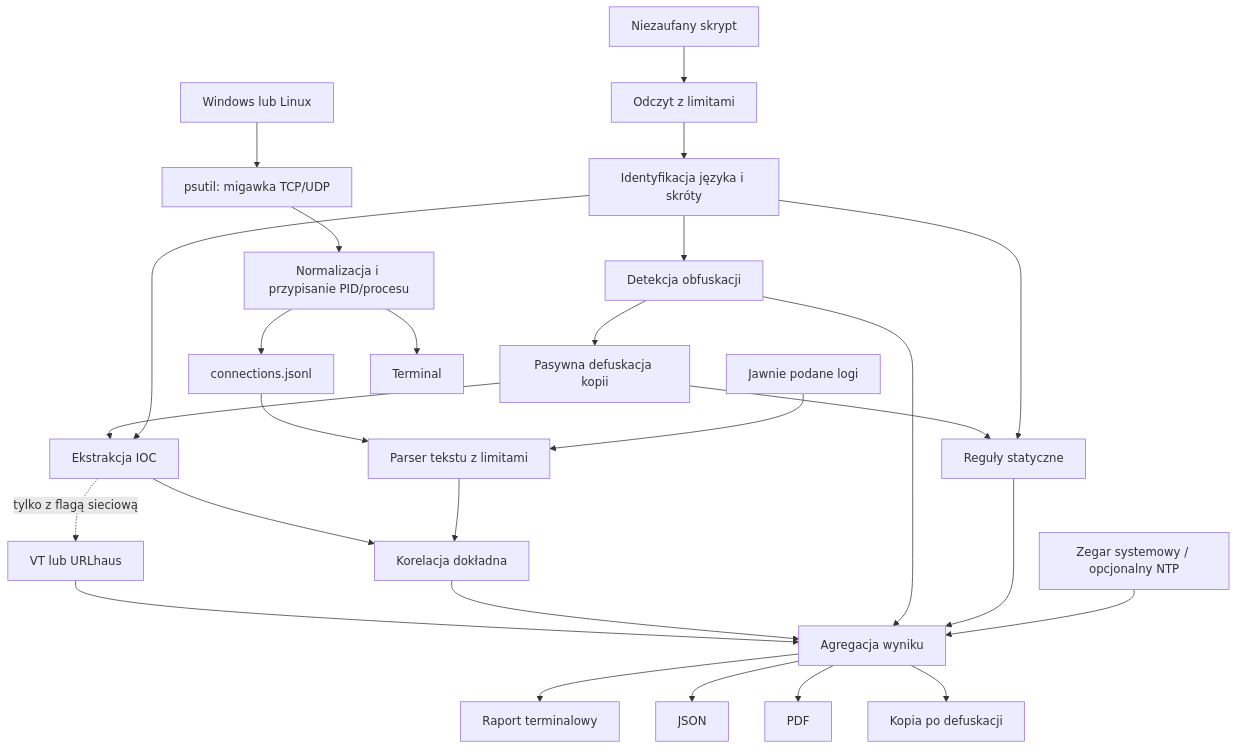
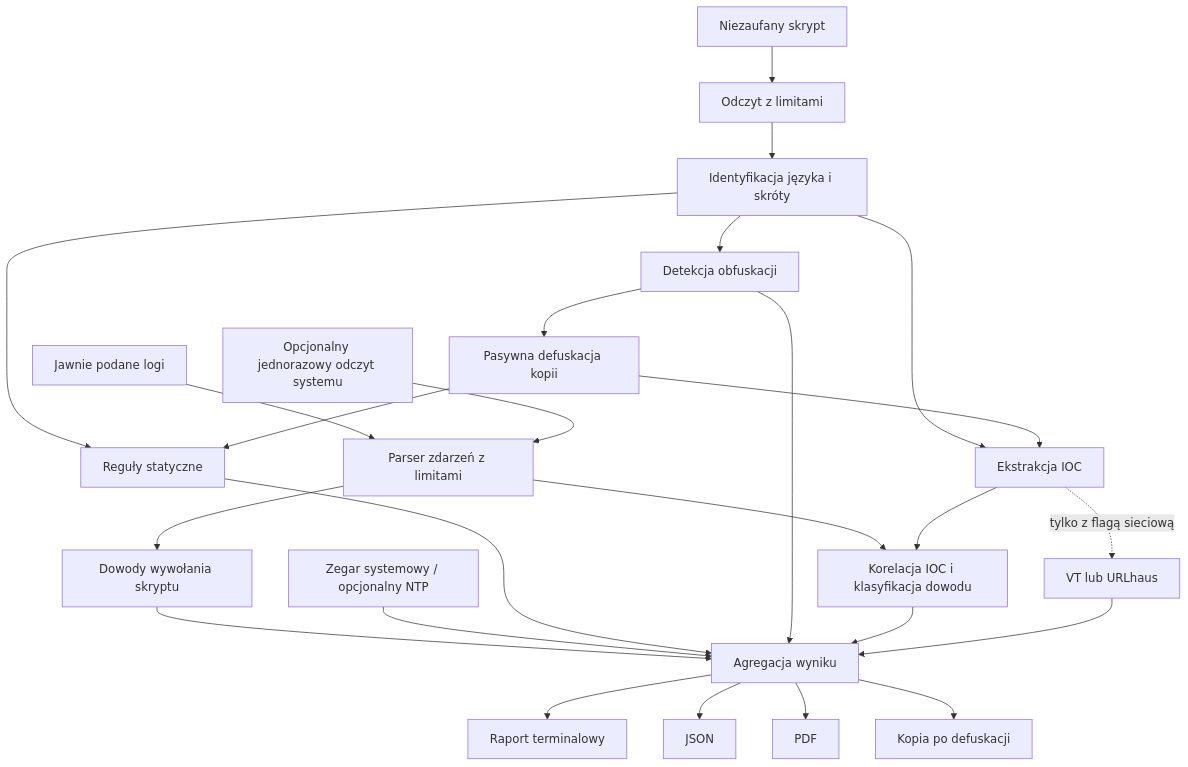
Before and after one commit to KawalChlopa/ScriptScanner: the diagram in docs/ARCHITECTURE.md, drawn with Mermaid. The commit also changed other lines of this file and 30 other files, not shown here.

````diff
--- a/docs/ARCHITECTURE.md
+++ b/docs/ARCHITECTURE.md
@@ -12,29 +11,27 @@
 ```mermaid
 flowchart TD
     A[Niezaufany skrypt] --> B[Odczyt z limitami]
     B --> C[Identyfikacja języka i skróty]
     C --> D[Detekcja obfuskacji]
     D --> E[Pasywna defuskacja kopii]
     C --> F[Reguły statyczne]
     E --> F
     C --> G[Ekstrakcja IOC]
     E --> G
-    H[Jawnie podane logi] --> I[Parser tekstu z limitami]
-    I --> J[Korelacja dokładna]
+    H[Jawnie podane logi] --> I[Parser zdarzeń z limitami]
+    HS[Opcjonalny jednorazowy odczyt systemu] --> I
+    I --> J[Korelacja IOC i klasyfikacja dowodu]
+    I --> EX[Dowody wywołania skryptu]
+    EX --> M
     G --> J
     G -. tylko z flagą sieciową .-> K[VT lub URLhaus]
     L[Zegar systemowy / opcjonalny NTP] --> M[Agregacja wyniku]
     F --> M
     D --> M
     J --> M
     K --> M
     M --> N[Raport terminalowy]
     M --> O[JSON]
     M --> P[PDF]
     M --> Q[Kopia po defuskacji]
-    R[Windows lub Linux] --> S[psutil: migawka TCP/UDP]
-    S --> T[Normalizacja i przypisanie PID/procesu]
-    T --> U[Terminal]
-    T --> V[connections.jsonl]
-    V --> I
 ```
````
